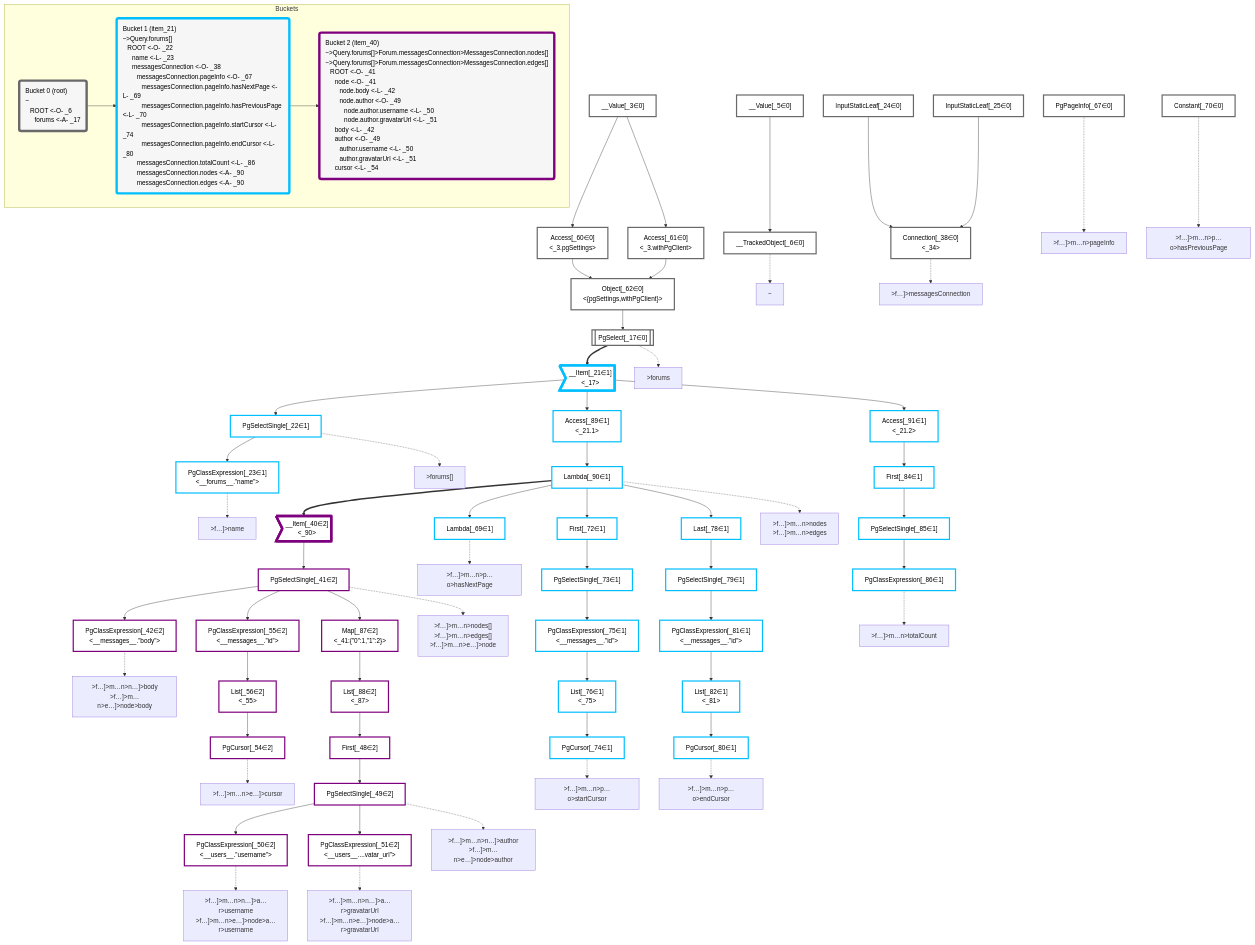
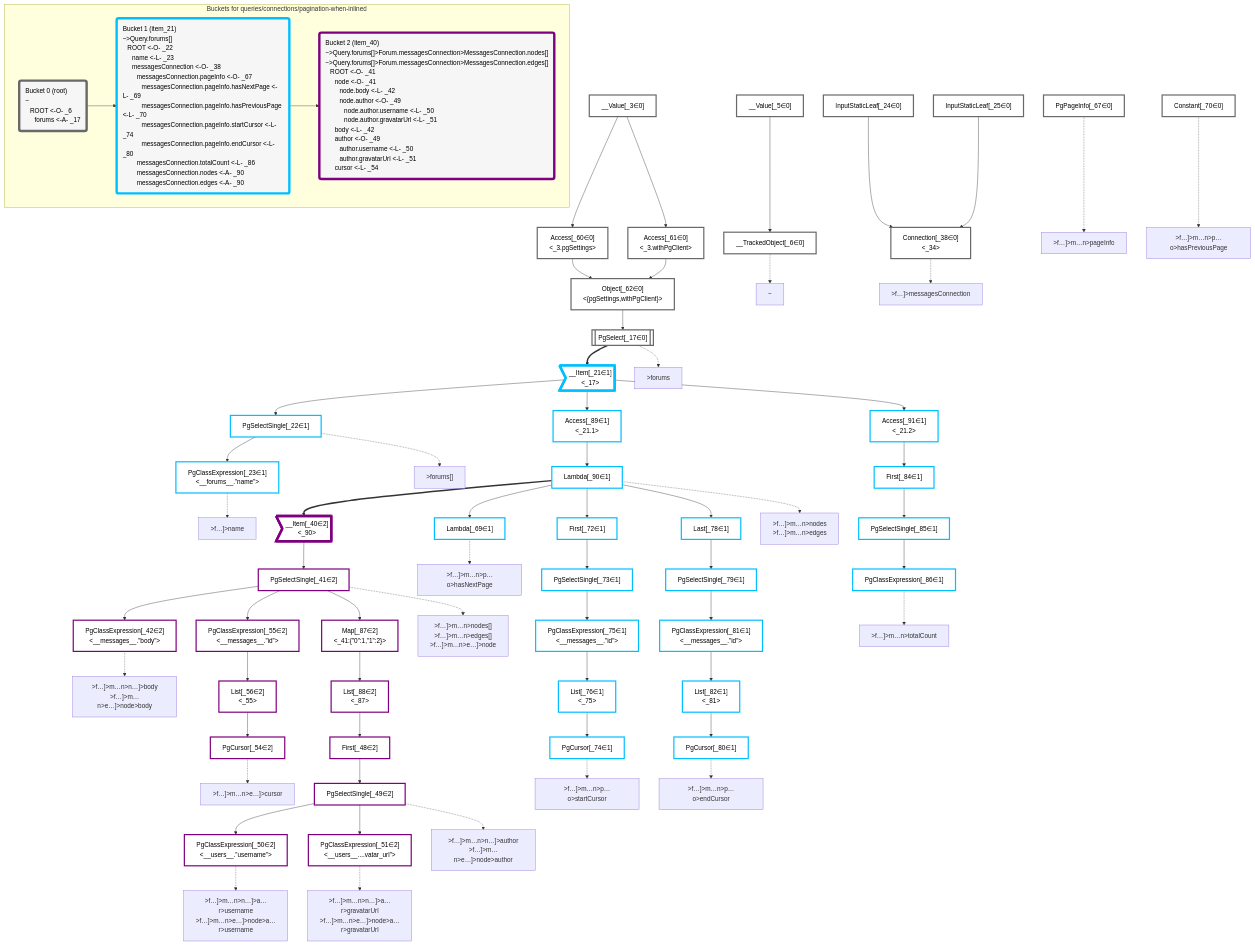
Before and after one commit to graphile/crystal: the diagram in packages/dataplan-pg/__tests__/queries/connections/pagination-when-inlined.mermaid.md, drawn with Mermaid. The commit also changed 195 other files, not shown here.

```diff
--- a/packages/dataplan-pg/__tests__/queries/connections/pagination-when-inlined.mermaid.md
+++ b/packages/dataplan-pg/__tests__/queries/connections/pagination-when-inlined.mermaid.md
@@ -141,7 +141,7 @@
     classDef bucket2 stroke:#7f007f
     class __Item_40,PgSelectSingle_41,PgClassExpression_42,First_48,PgSelectSingle_49,PgClassExpression_50,PgClassExpression_51,PgCursor_54,PgClassExpression_55,List_56,Map_87,List_88 bucket2
 
-    subgraph Buckets
+    subgraph "Buckets for queries/connections/pagination-when-inlined"
     Bucket0("Bucket 0 (root)<br />~<br />⠀ROOT <-O- _6<br />⠀⠀forums <-A- _17"):::bucket
     style Bucket0 stroke:#696969
     Bucket1("Bucket 1 (item_21)<br />~>Query.forums[]<br />⠀ROOT <-O- _22<br />⠀⠀name <-L- _23<br />⠀⠀messagesConnection <-O- _38<br />⠀⠀⠀messagesConnection.pageInfo <-O- _67<br />⠀⠀⠀⠀messagesConnection.pageInfo.hasNextPage <-L- _69<br />⠀⠀⠀⠀messagesConnection.pageInfo.hasPreviousPage <-L- _70<br />⠀⠀⠀⠀messagesConnection.pageInfo.startCursor <-L- _74<br />⠀⠀⠀⠀messagesConnection.pageInfo.endCursor <-L- _80<br />⠀⠀⠀messagesConnection.totalCount <-L- _86<br />⠀⠀⠀messagesConnection.nodes <-A- _90<br />⠀⠀⠀messagesConnection.edges <-A- _90"):::bucket
```
